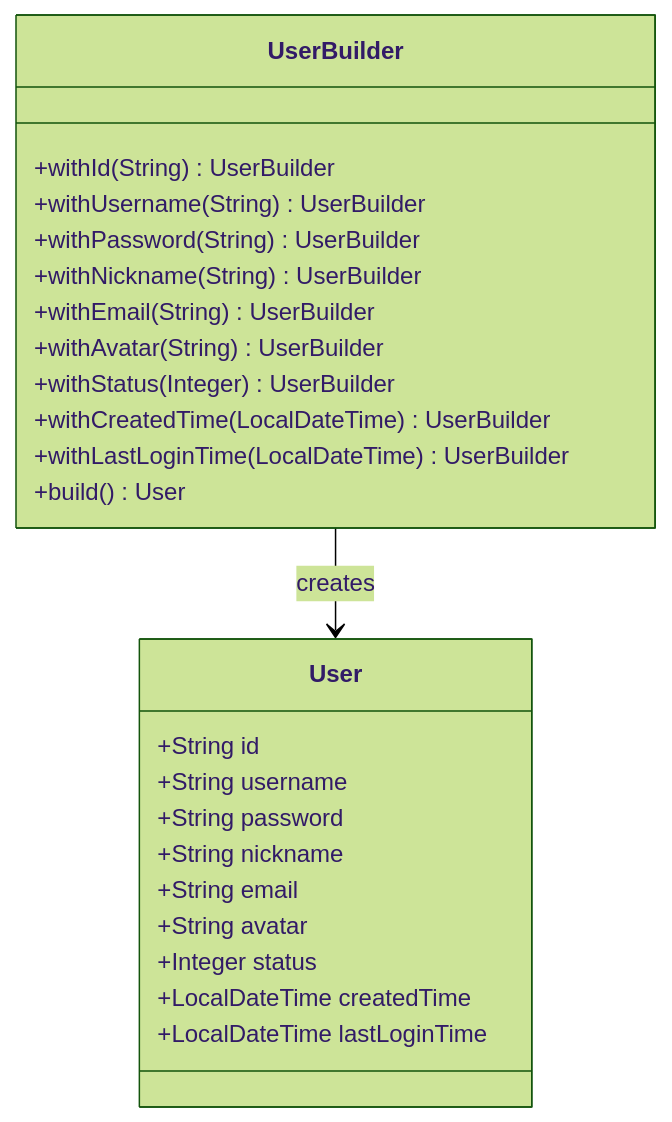
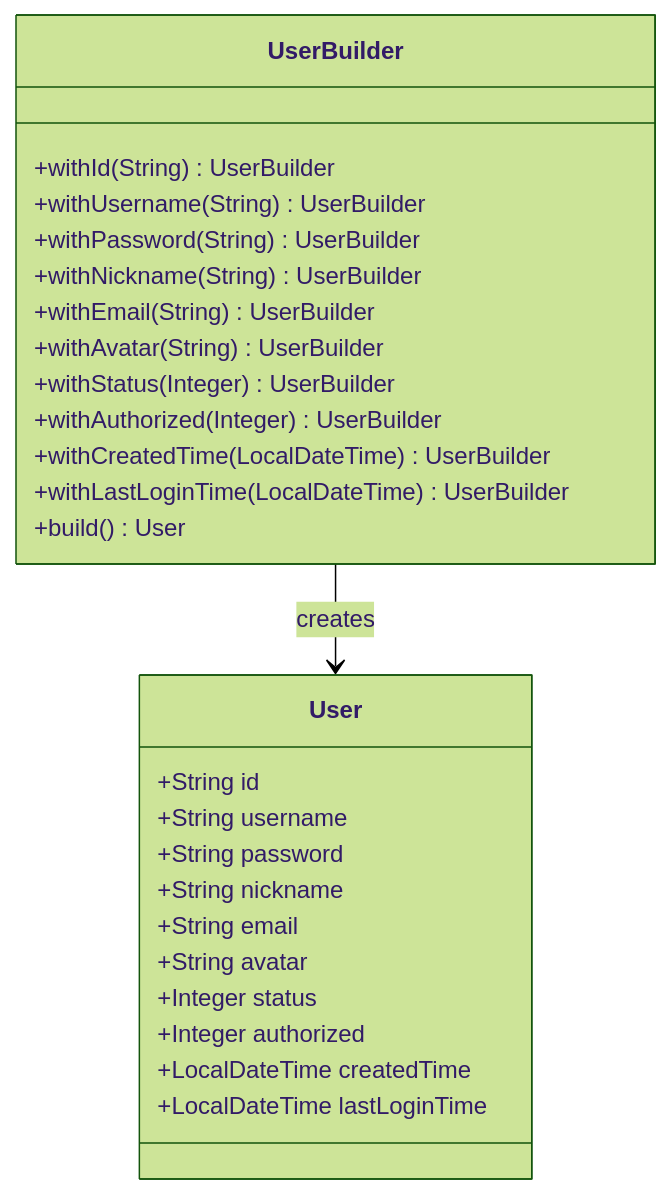
Before and after one commit to 20164206160/zhishilu: the second of 19 diagrams in .qoder/repowiki/zh/content/用户管理系统/用户管理系统.md, drawn with Mermaid (forest theme). The commit also changed other lines of this file and 11 other files, not shown here.

````diff
--- a/.qoder/repowiki/zh/content/用户管理系统/用户管理系统.md
+++ b/.qoder/repowiki/zh/content/用户管理系统/用户管理系统.md
@@ -111,27 +134,29 @@
 ```mermaid
 classDiagram
 class User {
 +String id
 +String username
 +String password
 +String nickname
 +String email
 +String avatar
 +Integer status
++Integer authorized
 +LocalDateTime createdTime
 +LocalDateTime lastLoginTime
 }
 class UserBuilder {
 +withId(String) UserBuilder
 +withUsername(String) UserBuilder
 +withPassword(String) UserBuilder
 +withNickname(String) UserBuilder
 +withEmail(String) UserBuilder
 +withAvatar(String) UserBuilder
 +withStatus(Integer) UserBuilder
++withAuthorized(Integer) UserBuilder
 +withCreatedTime(LocalDateTime) UserBuilder
 +withLastLoginTime(LocalDateTime) UserBuilder
 +build() User
 }
 UserBuilder --> User : creates
 ```
````
